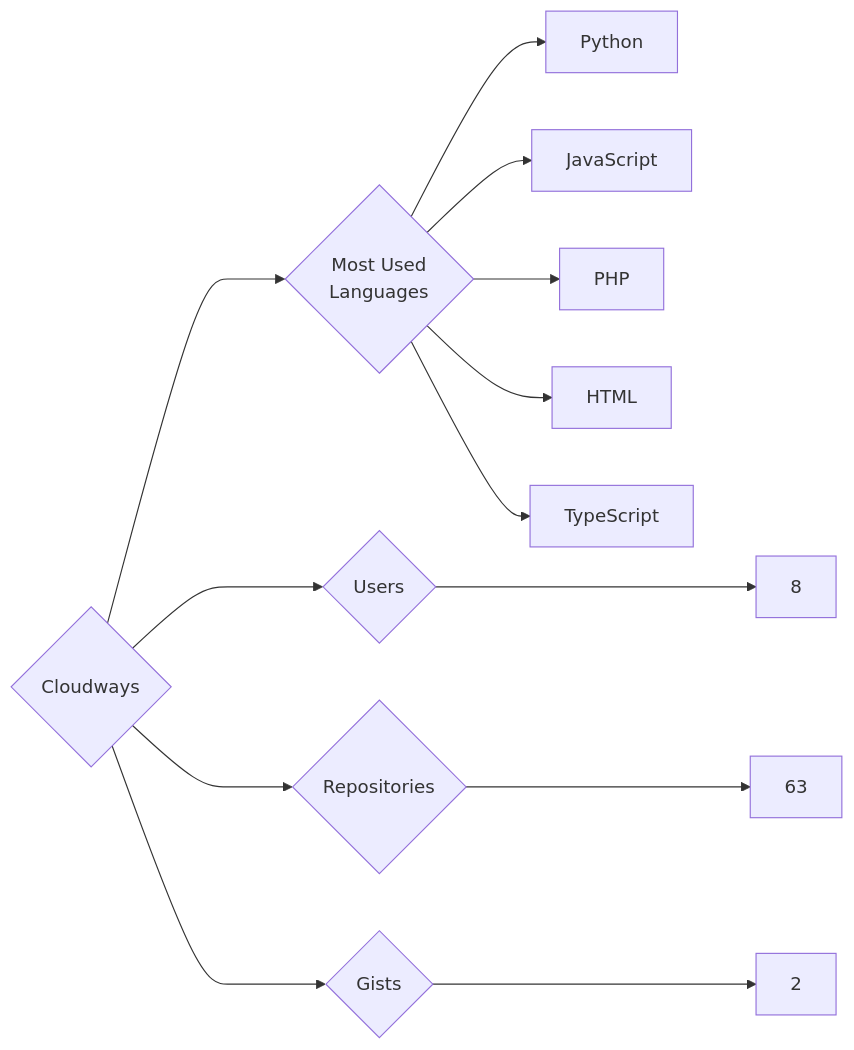
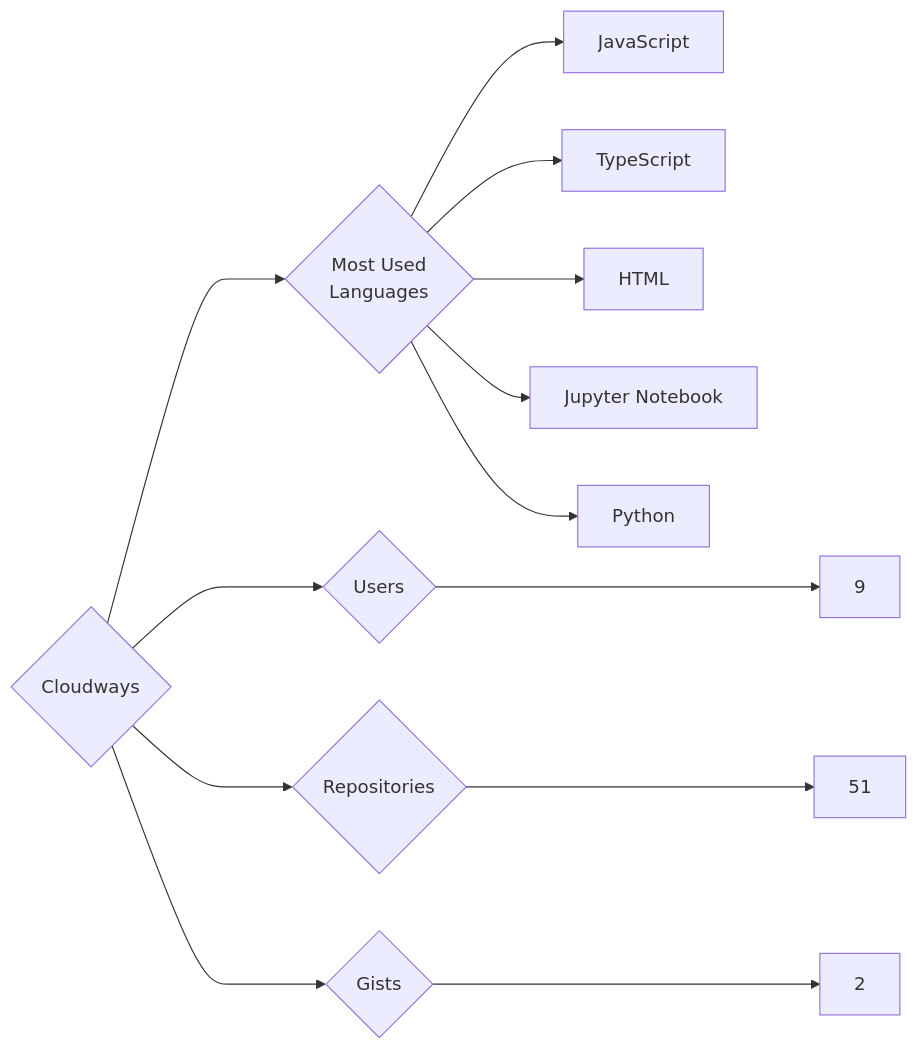
One commit to trickest/insiders changed the diagram in targets/Cloudways/README.md. Above: the diagram before and after it, drawn with Mermaid. The commit also changed 924 other files, not shown here.

````diff
--- a/targets/Cloudways/README.md
+++ b/targets/Cloudways/README.md
@@ -3,13 +3,13 @@
 ```mermaid
 graph LR
 COMPANY_NAME{Cloudways}
-COMPANY_NAME ---> U{Users} ---> UN[8]
-COMPANY_NAME ---> R{Repositories} ---> RN[63]
+COMPANY_NAME ---> U{Users} ---> UN[9]
+COMPANY_NAME ---> R{Repositories} ---> RN[51]
 COMPANY_NAME ---> G{Gists} ---> GN[2]
 COMPANY_NAME ---> ML{Most Used<br>Languages}
+ML --> JavaScript[JavaScript]
+ML --> TypeScript[TypeScript]
+ML --> HTML[HTML]
+ML --> Jupyter_Notebook[Jupyter Notebook]
 ML --> Python[Python]
-ML --> JavaScript[JavaScript]
-ML --> PHP[PHP]
-ML --> HTML[HTML]
-ML --> TypeScript[TypeScript]
 ```
````
